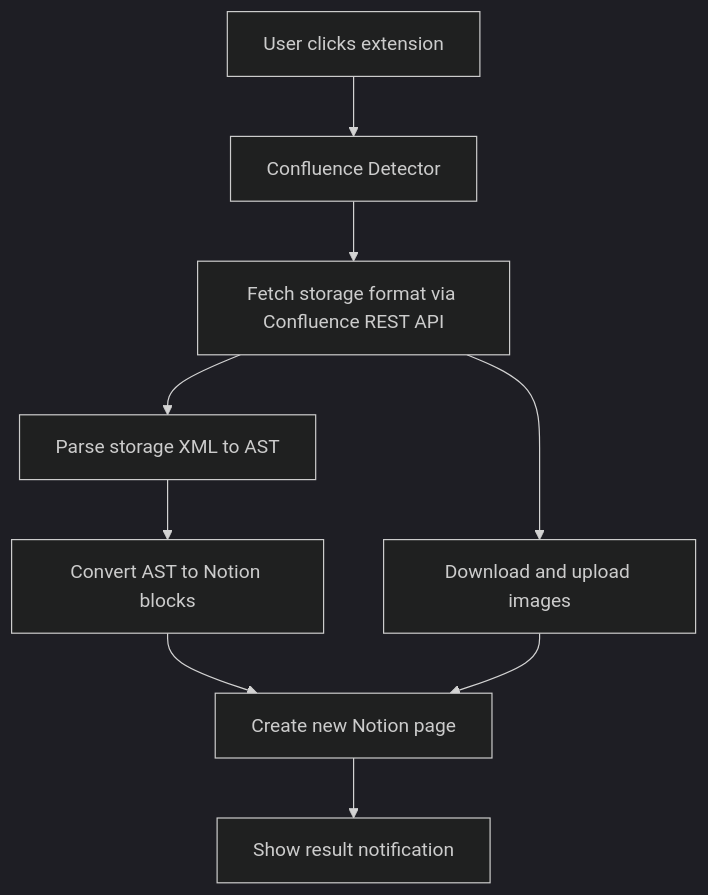
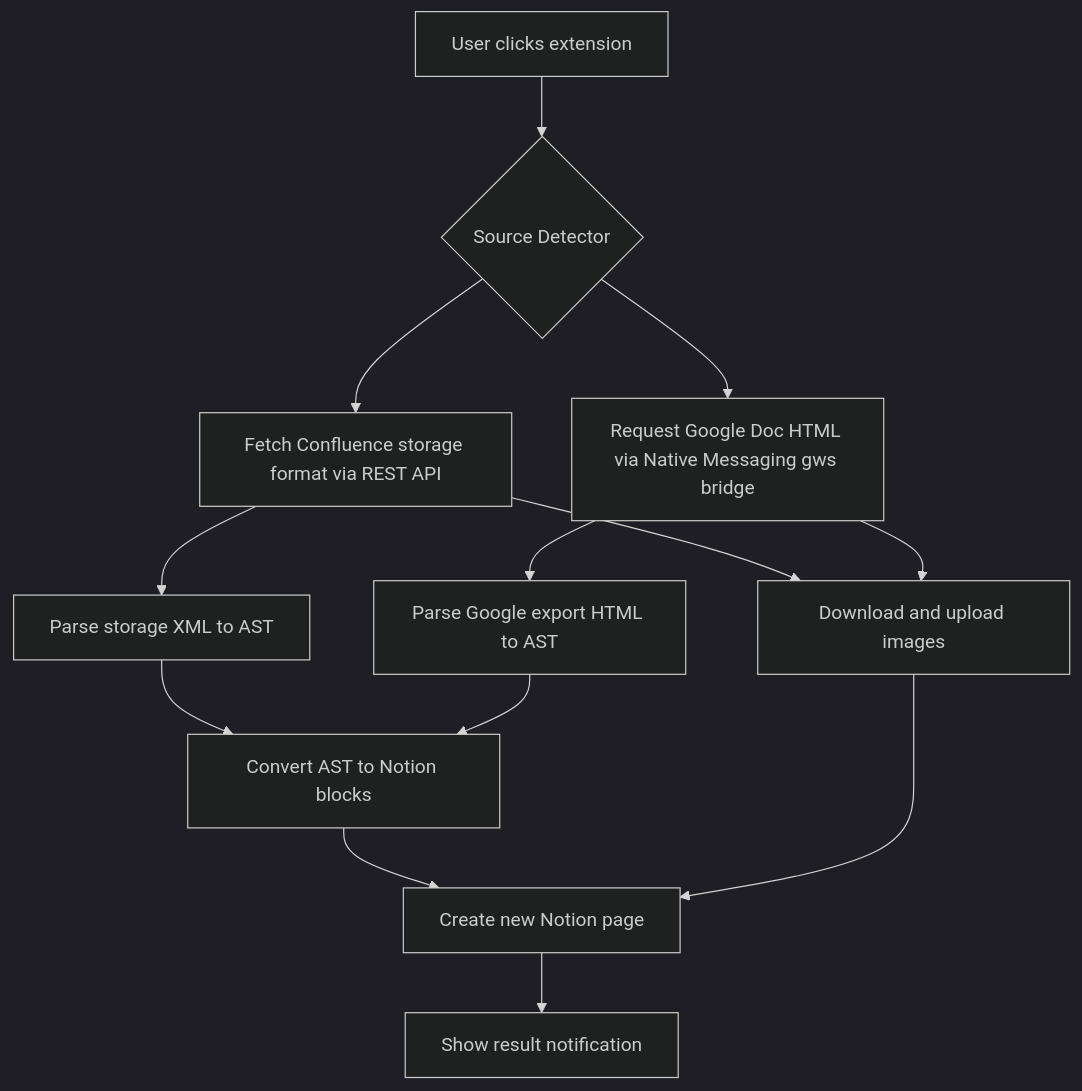
The diagram in SPEC-Confluence-to-Notion-Chrome-Extension.md (zhiyuanw/add-to-notion), drawn with Mermaid (dark theme) before and after one commit. The commit also changed other lines of this file and 6 other files, not shown here.

Commit message:
Document Google Docs gws bridge support

````diff
--- a/SPEC-Confluence-to-Notion-Chrome-Extension.md
+++ b/SPEC-Confluence-to-Notion-Chrome-Extension.md
@@ -84,11 +90,15 @@
 ```mermaid
 flowchart TD
-    A[User clicks extension] --> B[Confluence Detector]
-    B --> C[Fetch storage format via Confluence REST API]
-    C --> D[Parse storage XML to AST]
-    D --> E[Convert AST to Notion blocks]
-    C --> F[Download and upload images]
-    E --> G[Create new Notion page]
+    A[User clicks extension] --> B{Source Detector}
+    B --> C[Fetch Confluence storage format via REST API]
+    B --> D[Request Google Doc HTML via Native Messaging gws bridge]
+    C --> E[Parse storage XML to AST]
+    D --> F[Parse Google export HTML to AST]
+    E --> G[Convert AST to Notion blocks]
     F --> G
-    G --> H[Show result notification]
+    C --> H[Download and upload images]
+    D --> H
+    G --> I[Create new Notion page]
+    H --> I
+    I --> J[Show result notification]
 ```
````
